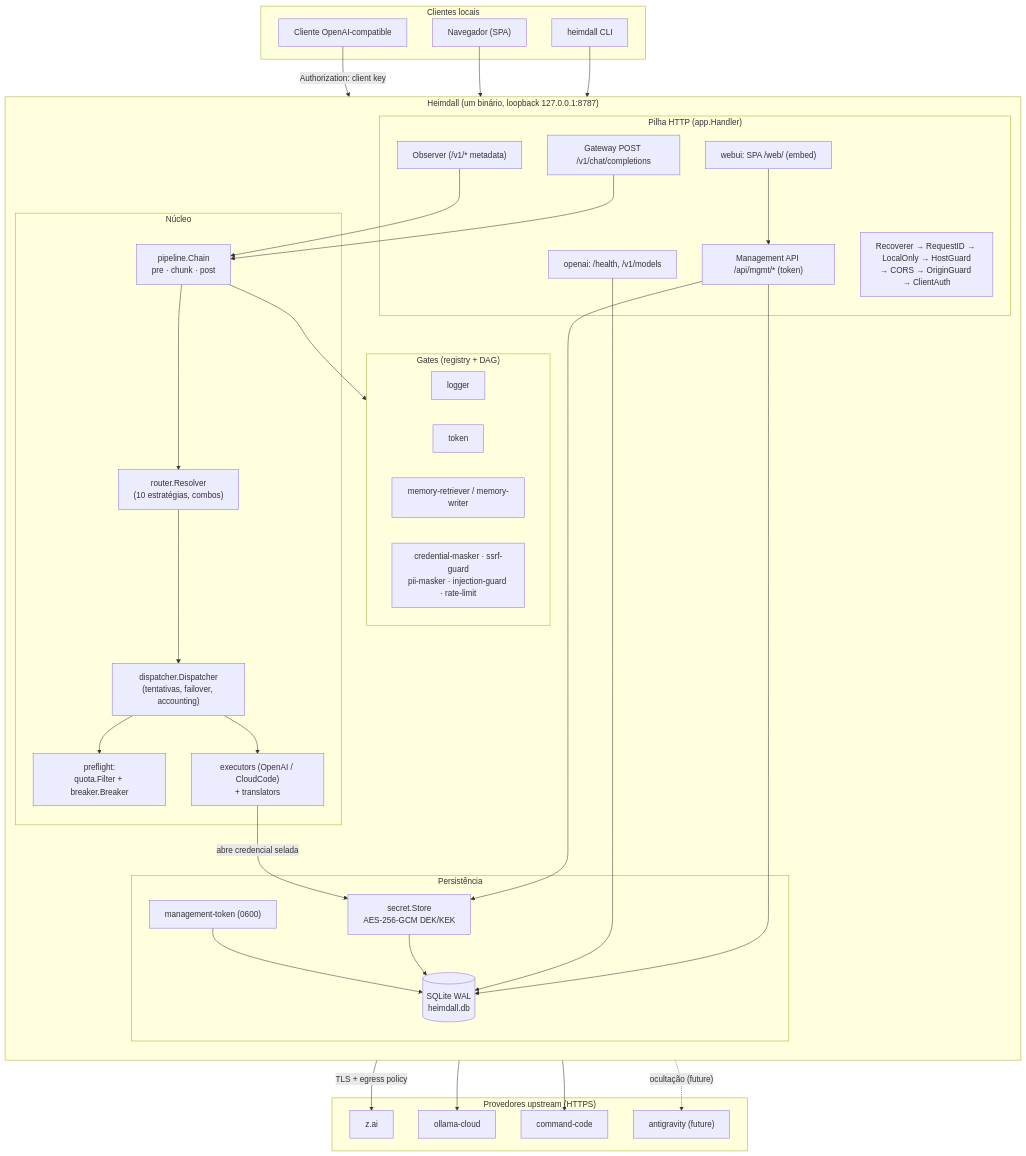
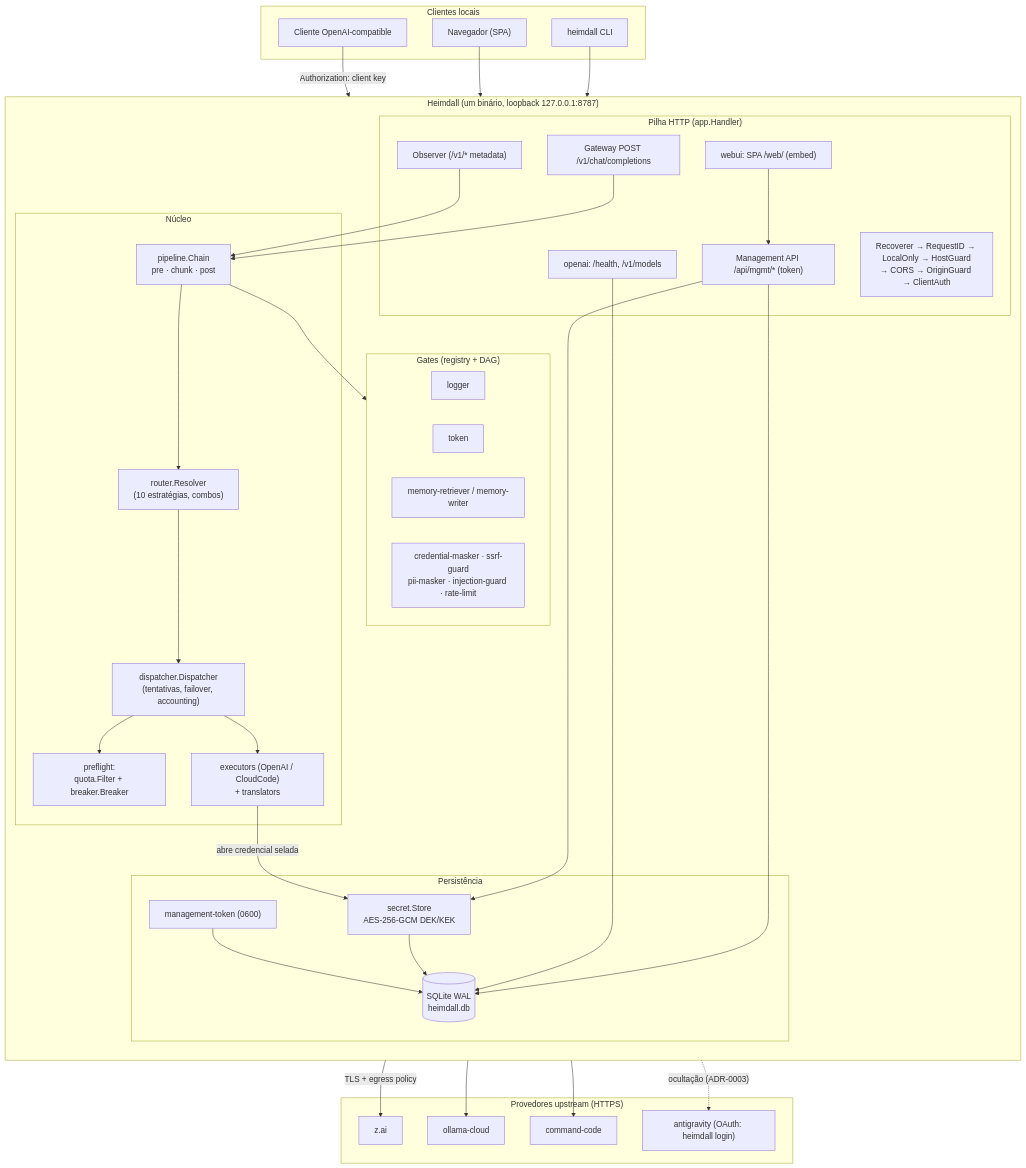
The diagram in docs/ARCHITECTURE.md (dandgabr/Heimdall-Core), drawn with Mermaid before and after one commit. The commit also changed other lines of this file and 11 other files, not shown here.

First line of the commit message:
fix: BD-02 review findings — OAuth refresh on use, docs, and unified login-required taxonomy

````diff
--- a/docs/ARCHITECTURE.md
+++ b/docs/ARCHITECTURE.md
@@ -194,71 +195,71 @@
 ```mermaid
 flowchart TB
     subgraph Clients["Clientes locais"]
         OC["Cliente OpenAI-compatible"]
         BR["Navegador (SPA)"]
         CLI["heimdall CLI"]
     end
 
     subgraph Daemon["Heimdall (um binário, loopback 127.0.0.1:8787)"]
         direction TB
         subgraph HTTP["Pilha HTTP (app.Handler)"]
             MW["Recoverer → RequestID → LocalOnly → HostGuard\n→ CORS → OriginGuard → ClientAuth"]
             GW["Gateway POST /v1/chat/completions"]
             OBS["Observer (/v1/* metadata)"]
             MGMT["Management API /api/mgmt/* (token)"]
             OPENAI["openai: /health, /v1/models"]
             WEB["webui: SPA /web/ (embed)"]
         end
 
         subgraph Core["Núcleo"]
             CHAIN["pipeline.Chain\npre · chunk · post"]
             ROUTER["router.Resolver\n(10 estratégias, combos)"]
             DISP["dispatcher.Dispatcher\n(tentativas, failover, accounting)"]
             PF["preflight:\nquota.Filter + breaker.Breaker"]
             EXEC["executors (OpenAI / CloudCode)\n+ translators"]
         end
 
         subgraph Gates["Gates (registry + DAG)"]
             GLOG["logger"]
             GTOK["token"]
             GMEM["memory-retriever / memory-writer"]
             GSEC["credential-masker · ssrf-guard\npii-masker · injection-guard · rate-limit"]
         end
 
         subgraph Persist["Persistência"]
             DB[("SQLite WAL\nheimdall.db")]
             VAULT["secret.Store\nAES-256-GCM DEK/KEK"]
             TOKFILE["management-token (0600)"]
         end
     end
 
     subgraph Upstreams["Provedores upstream (HTTPS)"]
         ZAI["z.ai"]
         OLL["ollama-cloud"]
         CC["command-code"]
-        AG["antigravity (future)"]
+        AG["antigravity (OAuth: heimdall login)"]
     end
 
     OC -->|"Authorization: client key"| MW
     BR --> MW
     CLI --> DB
 
     GW --> CHAIN --> ROUTER --> DISP
     OBS --> CHAIN
     MGMT --> DB
     MGMT --> VAULT
     OPENAI --> DB
     WEB --> MGMT
 
     DISP --> PF
     DISP --> EXEC
     EXEC -->|"TLS + egress policy"| ZAI
     EXEC --> OLL
     EXEC --> CC
-    EXEC -. "ocultação (future)" .-> AG
+    EXEC -. "ocultação (ADR-0003)" .-> AG
 
     CHAIN --> Gates
     VAULT --> DB
     TOKFILE --> DB
     EXEC -->|"abre credencial selada"| VAULT
 ```
````
